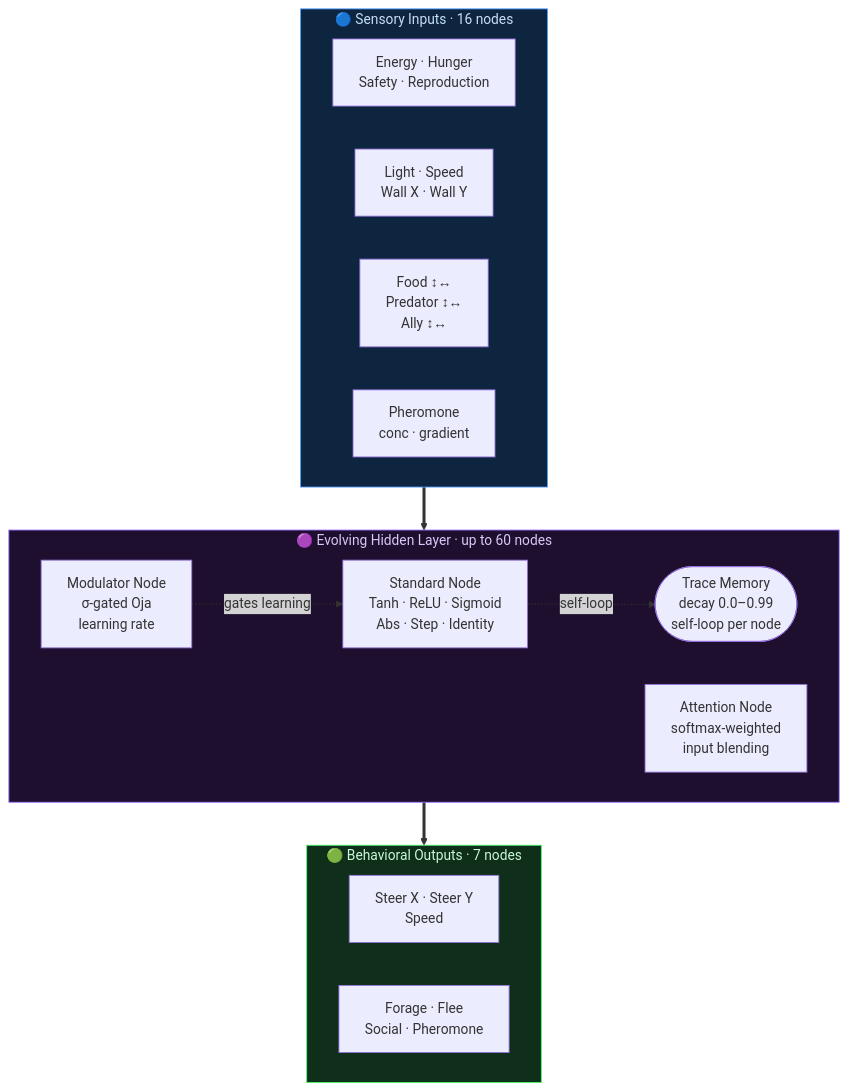
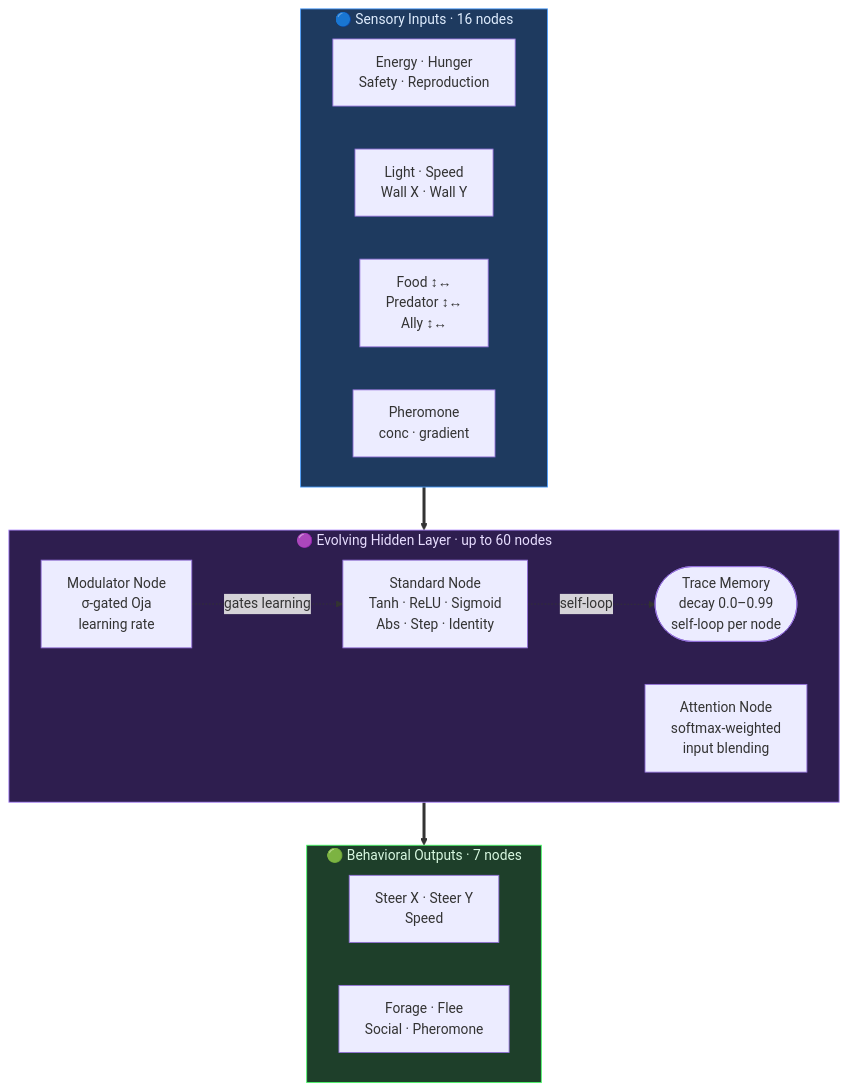
Before and after one commit to srad/TuiQuarium: the first of 2 diagrams in README.md, drawn with Mermaid.

Commit message:
Documentation

````diff
--- a/README.md
+++ b/README.md
@@ -211,32 +211,32 @@
 ```mermaid
 graph TB
     subgraph Inputs["🔵 Sensory Inputs · 16 nodes"]
         direction LR
         I_body["Energy · Hunger\nSafety · Reproduction"]
         I_env["Light · Speed\nWall X · Wall Y"]
         I_target["Food ↕↔\nPredator ↕↔\nAlly ↕↔"]
         I_chem["Pheromone\nconc · gradient"]
     end
 
     subgraph Hidden["🟣 Evolving Hidden Layer · up to 60 nodes"]
         direction LR
         S["Standard Node\nTanh · ReLU · Sigmoid\nAbs · Step · Identity"]
         M["Modulator Node\nσ-gated Oja\nlearning rate"]
         A["Attention Node\nsoftmax-weighted\ninput blending"]
         T(["Trace Memory\ndecay 0.0–0.99\nself-loop per node"])
         S -.->|"self-loop"| T
         M -.->|"gates learning"| S
     end
 
     subgraph Outputs["🟢 Behavioral Outputs · 7 nodes"]
         direction LR
         O_move["Steer X · Steer Y\nSpeed"]
         O_behav["Forage · Flee\nSocial · Pheromone"]
     end
 
     Inputs ==> Hidden ==> Outputs
 
-    style Inputs fill:#0d253f,stroke:#4a9eff,color:#c8dff8
-    style Hidden fill:#1f0f2e,stroke:#9a6aff,color:#d8c8f8
-    style Outputs fill:#0f2f1a,stroke:#4aff6a,color:#c8f8d8
+    style Inputs fill:#1e3a5f,stroke:#4a9eff,color:#e0eeff
+    style Hidden fill:#2e1e4f,stroke:#b08aff,color:#e8deff
+    style Outputs fill:#1e3f2a,stroke:#4aff6a,color:#d8f8e0
 ```
````
